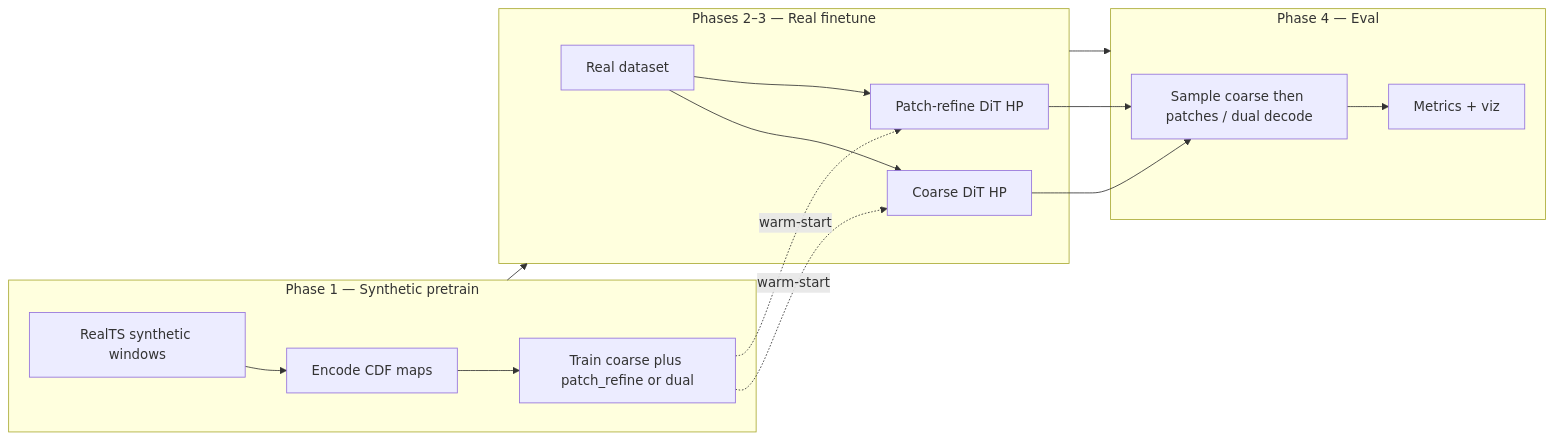
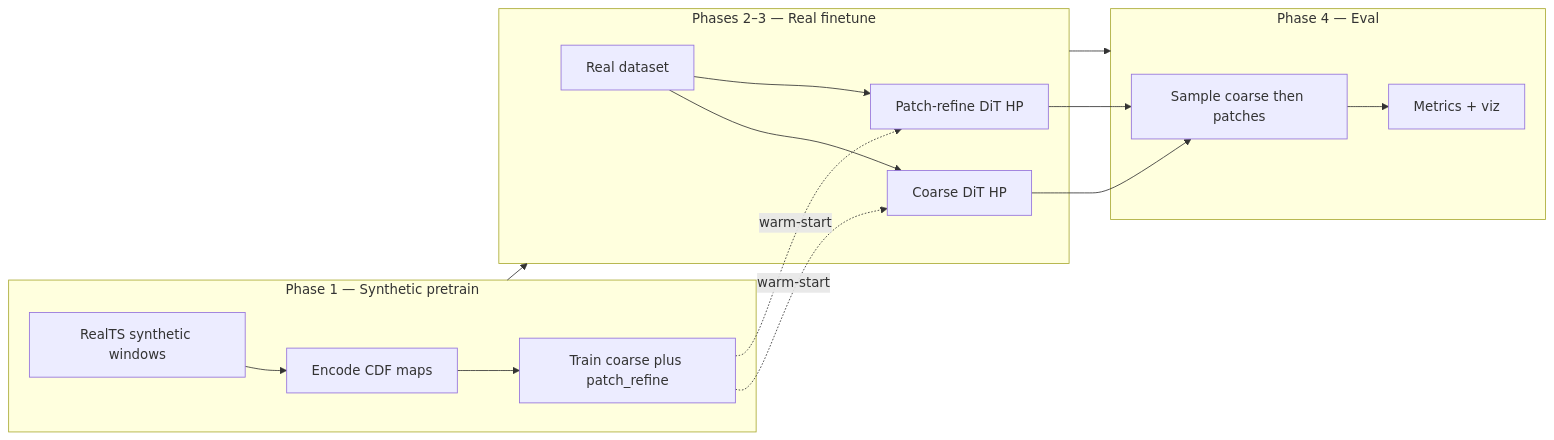
One commit to CalvinKCao/ts-sandbox changed the first of 2 diagrams in architecture.md. Above: the diagram before and after it, drawn with Mermaid. The commit also changed other lines of this file and 11 other files, not shown here.

````diff
--- a/architecture.md
+++ b/architecture.md
@@ -33,22 +34,22 @@
 ```mermaid
 flowchart LR
     subgraph P1["Phase 1 — Synthetic pretrain"]
         S1[RealTS synthetic windows] --> E1[Encode CDF maps]
-        E1 --> D1[Train coarse plus patch_refine or dual]
+        E1 --> D1[Train coarse plus patch_refine]
     end
 
     subgraph P2["Phases 2–3 — Real finetune"]
         R2[Real dataset] --> FC[Coarse DiT HP]
         R2 --> PR[Patch-refine DiT HP]
         D1 -. warm-start .-> FC
         D1 -. warm-start .-> PR
     end
 
     subgraph P4["Phase 4 — Eval"]
-        FC --> EV[Sample coarse then patches / dual decode]
+        FC --> EV[Sample coarse then patches]
         PR --> EV
         EV --> M[Metrics + viz]
     end
 
     P1 --> P2 --> P4
 ```
````
